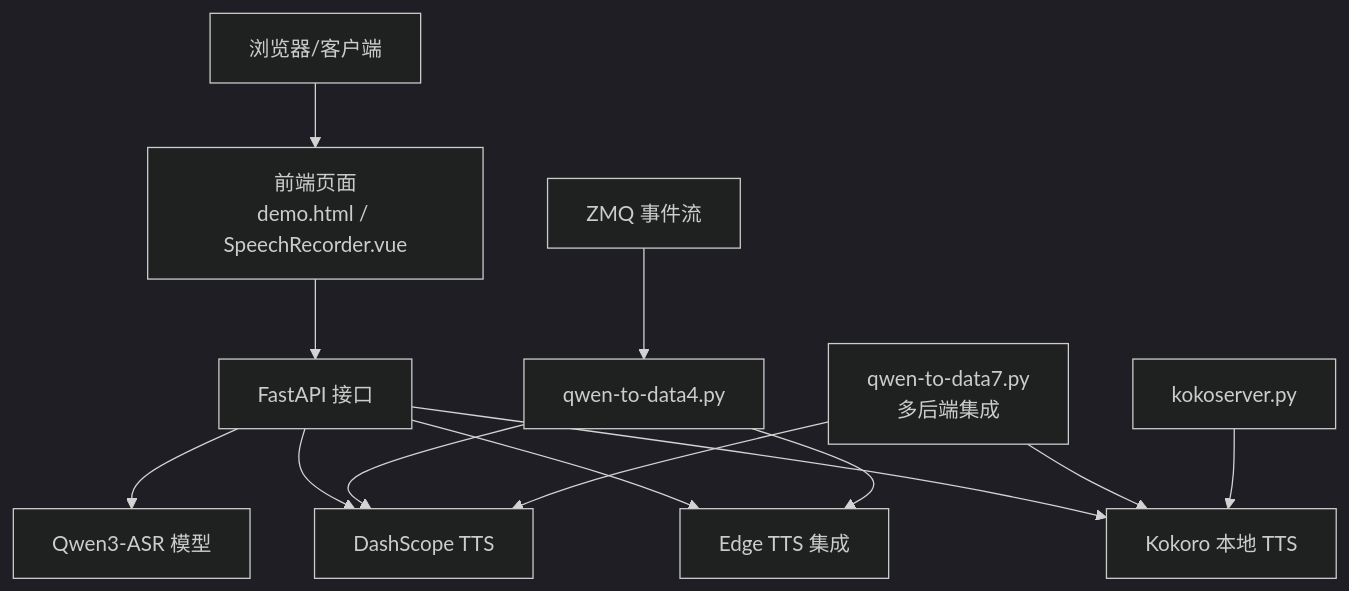
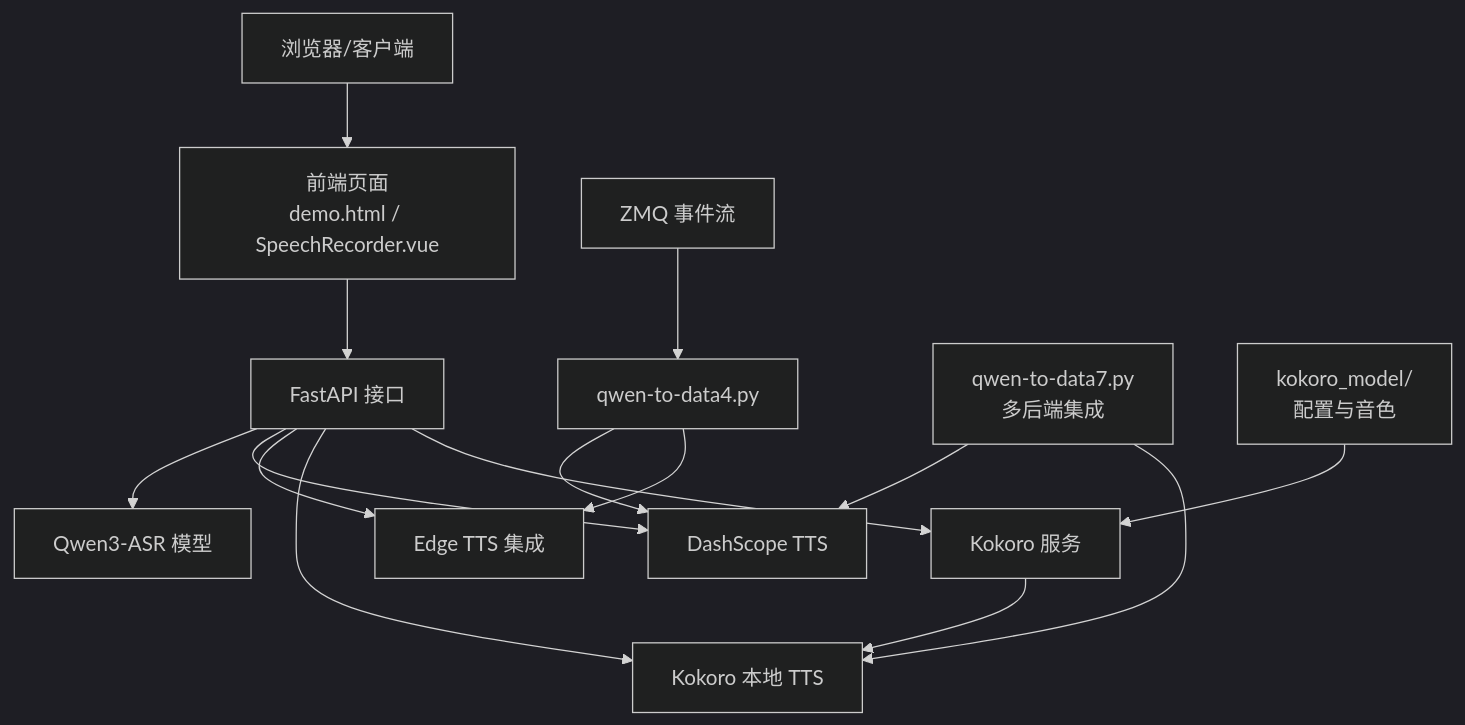
One commit to 1024dashen/Vue3Speech changed the second of 11 diagrams in .qoder/repowiki/zh/content/开发者指南/开发者指南.md. Above: the diagram before and after it, drawn with Mermaid (dark theme). The commit also changed other lines of this file and 9 other files, not shown here.

````diff
--- a/.qoder/repowiki/zh/content/开发者指南/开发者指南.md
+++ b/.qoder/repowiki/zh/content/开发者指南/开发者指南.md
@@ -128,15 +145,17 @@
 ```mermaid
 graph TB
 Client["浏览器/客户端"] --> FE["前端页面<br/>demo.html / SpeechRecorder.vue"]
 FE --> API["FastAPI 接口"]
 API --> ASR["Qwen3-ASR 模型"]
 API --> TTS["DashScope TTS"]
 API --> Edge["Edge TTS 集成"]
 API --> Kokoro["Kokoro 本地 TTS"]
+API --> KokoServer["Kokoro 服务"]
 ZMQ["ZMQ 事件流"] --> Proc["qwen-to-data4.py"]
 Proc --> TTS
 Proc --> Edge
 MultiBackend["qwen-to-data7.py<br/>多后端集成"] --> TTS
 MultiBackend --> Kokoro
-KokoServer["kokoserver.py"] --> Kokoro
+KokoServer --> Kokoro
+KokoModel["kokoro_model/<br/>配置与音色"] --> KokoServer
 ```
````
